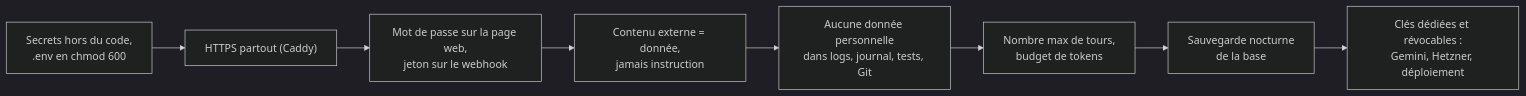
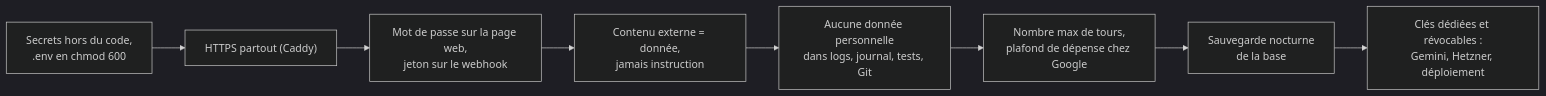
Diagram 37 of 37 in tuto-goodvibe-vibecoding.md (lecinquiemejour-code/goodvibe-tuto), drawn with Mermaid (dark theme) before and after one commit. The commit also changed other lines of this file and 2 other files, not shown here.

Commit message:
Retrait de la feature budget et mode économe : 14 fiches, la piste passe dans Pour aller plus loin

````diff
--- a/tuto-goodvibe-vibecoding.md
+++ b/tuto-goodvibe-vibecoding.md
@@ -1376,10 +1331,10 @@
 ```mermaid
 flowchart LR
     S1["Secrets hors du code,<br/>.env en chmod 600"] --> S2["HTTPS partout (Caddy)"]
     S2 --> S3["Mot de passe sur la page web,<br/>jeton sur le webhook"]
     S3 --> S4["Contenu externe = donnée,<br/>jamais instruction"]
     S4 --> S5["Aucune donnée personnelle<br/>dans logs, journal, tests, Git"]
-    S5 --> S6["Nombre max de tours,<br/>budget de tokens"]
+    S5 --> S6["Nombre max de tours,<br/>plafond de dépense chez Google"]
     S6 --> S7["Sauvegarde nocturne<br/>de la base"]
     S7 --> S8["Clés dédiées et révocables :<br/>Gemini, Hetzner, déploiement"]
 ```
````
